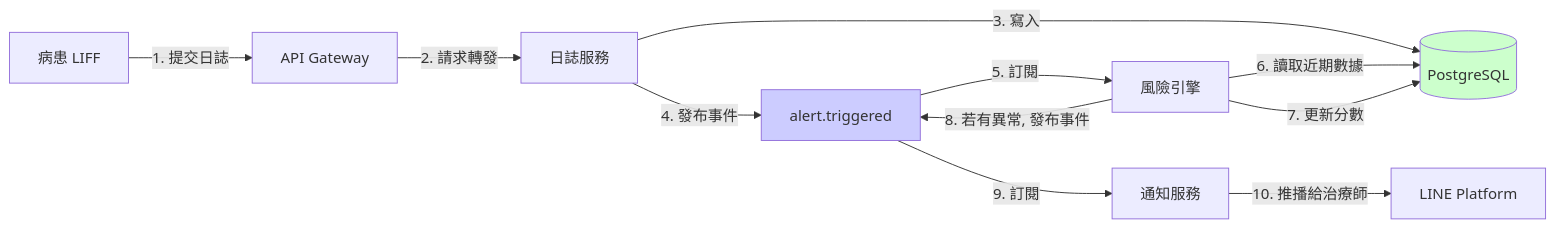
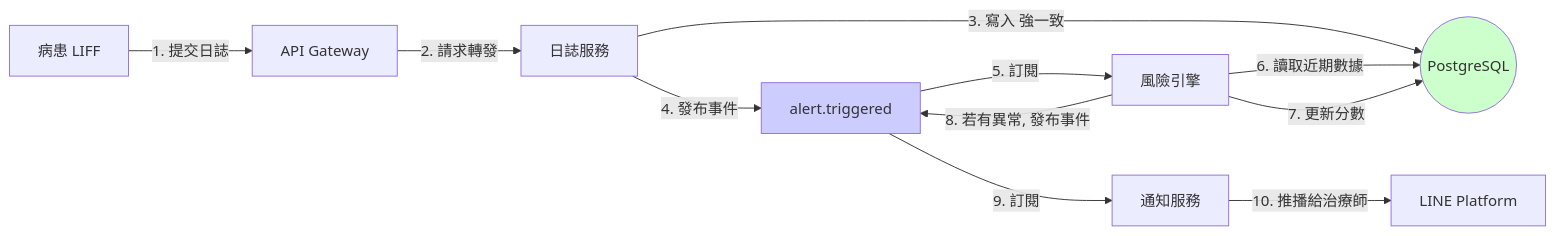
Before and after one commit to kuku-rar/RespiraAlly_v2: the sixth of 9 diagrams in docs/05_architecture_and_design.md, drawn with Mermaid. The commit also changed other lines of this file and 56 other files, not shown here.

First line of the commit message:
feat: implement complete project architecture and infrastructure

````diff
--- a/docs/05_architecture_and_design.md
+++ b/docs/05_architecture_and_design.md
@@ -270,18 +371,18 @@
 ```mermaid
 flowchart LR
     Patient[病患 LIFF] -->|1. 提交日誌| APIGateway[API Gateway]
     APIGateway -->|2. 請求轉發| LogService[日誌服務]
-    LogService -->|3. 寫入| Postgres[(PostgreSQL)]
+    LogService -->|3. 寫入 強一致| Postgres((PostgreSQL))
     LogService -->|4. 發布事件| RabbitMQ[RabbitMQ<br/>daily_log.submitted]
     
     RabbitMQ -->|5. 訂閱| RiskEngine[風險引擎]
     RiskEngine -->|6. 讀取近期數據| Postgres
     RiskEngine -->|7. 更新分數| Postgres
     RiskEngine -->|8. 若有異常, 發布事件| RabbitMQ[alert.triggered]
     
     RabbitMQ -->|9. 訂閱| NotificationService[通知服務]
     NotificationService -->|10. 推播給治療師| LINE[LINE Platform]
 
     style Postgres fill:#ccffcc
     style RabbitMQ fill:#ccccff
 ```
````
